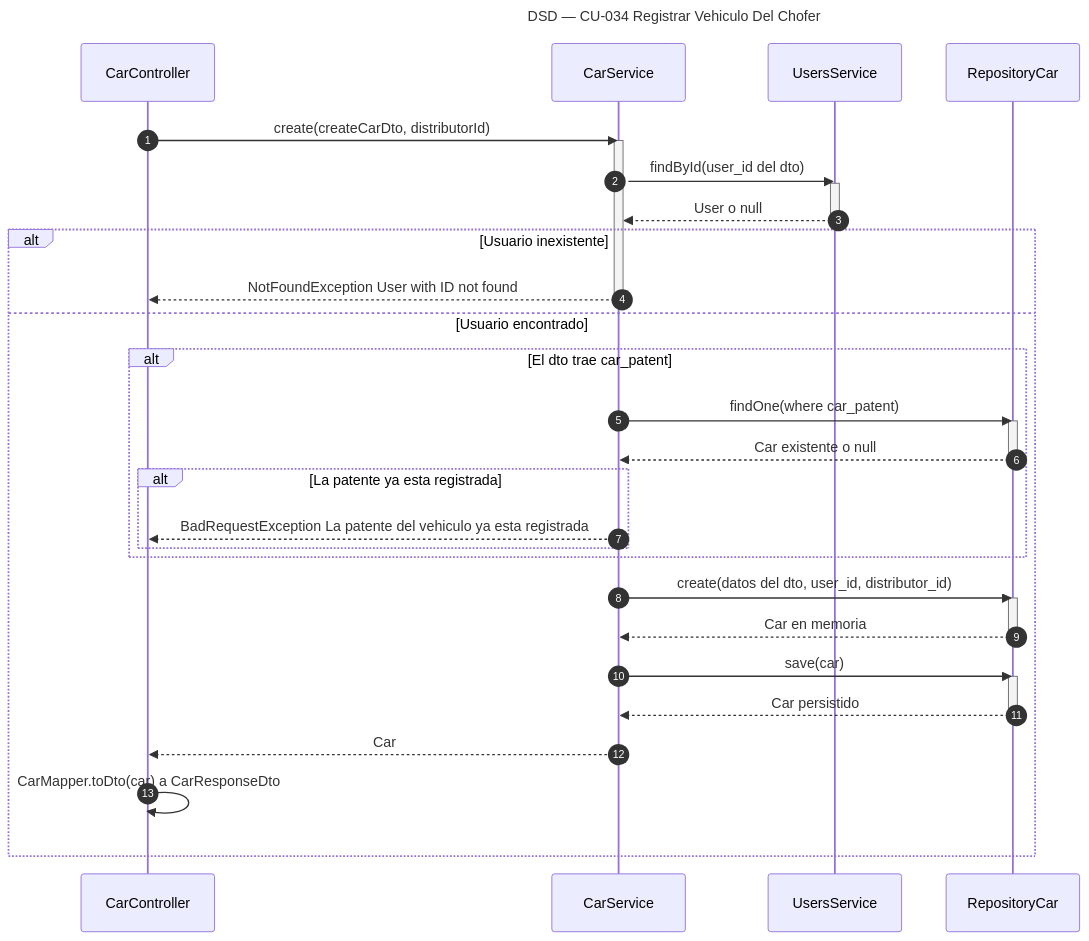
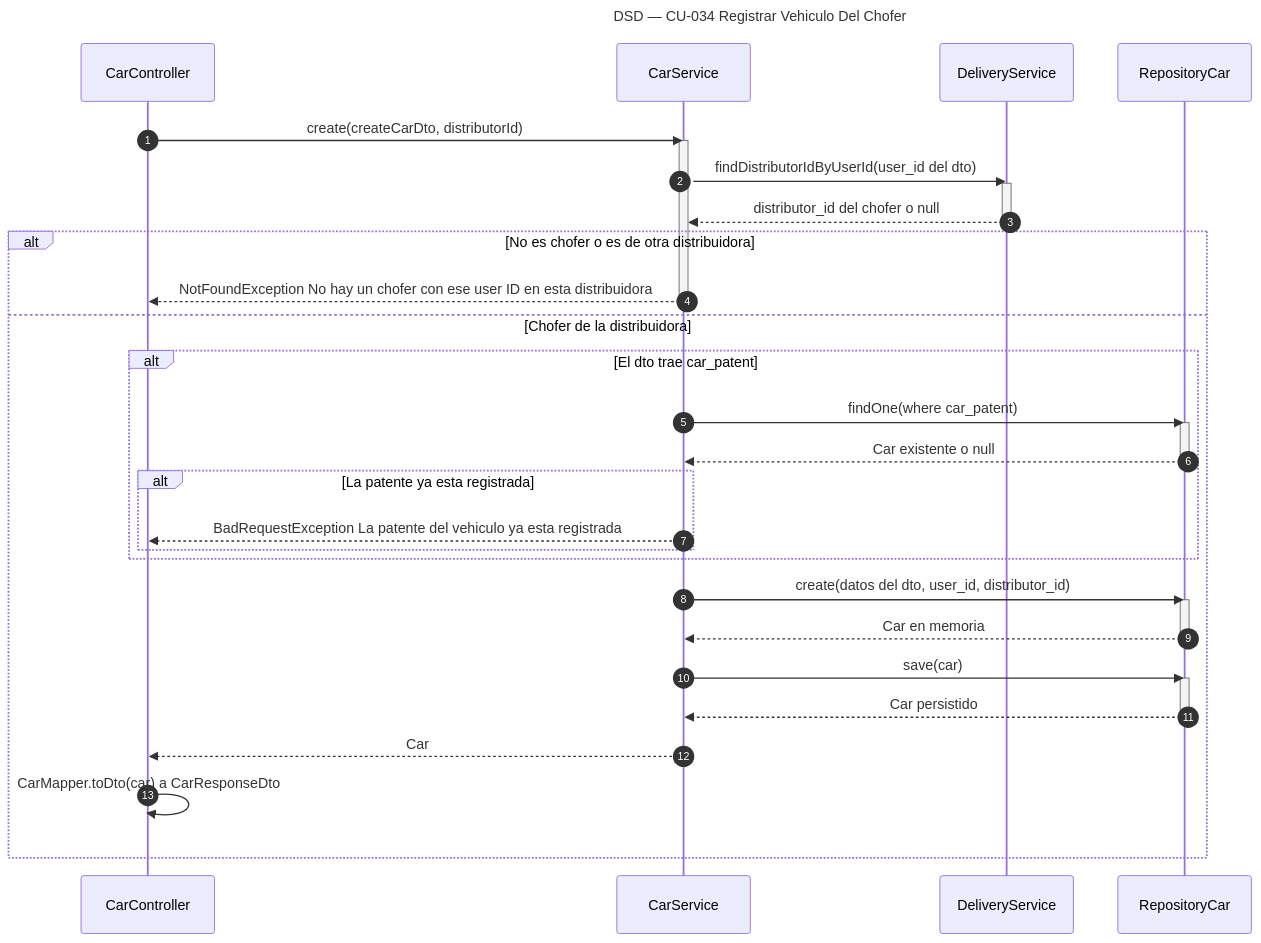
Before and after one commit to Nahuelito-Dev/splg-docs: the diagram in diagramas/DSD_CU-034_Registrar-Vehiculo-Del-Chofer.mmd, drawn with Mermaid. The commit also changed 5 other files, not shown here.

Commit message:
docs: H-65..H-69 y DSD de vehículos con el dueño chofer de la distribuidora

```diff
--- a/diagramas/DSD_CU-034_Registrar-Vehiculo-Del-Chofer.mmd
+++ b/diagramas/DSD_CU-034_Registrar-Vehiculo-Del-Chofer.mmd
@@ -1,38 +1,38 @@
 sequenceDiagram
     title DSD — CU-034 Registrar Vehiculo Del Chofer
     autonumber
     participant CTRL as CarController
     participant SRV as CarService
-    participant USRV as UsersService
+    participant DSRV as DeliveryService
     participant CREP as RepositoryCar
 
     CTRL->>SRV: create(createCarDto, distributorId)
     activate SRV
-    SRV->>USRV: findById(user_id del dto)
-    activate USRV
-    USRV-->>SRV: User o null
-    deactivate USRV
-    alt Usuario inexistente
-        SRV-->>CTRL: NotFoundException User with ID not found
+    SRV->>DSRV: findDistributorIdByUserId(user_id del dto)
+    activate DSRV
+    DSRV-->>SRV: distributor_id del chofer o null
+    deactivate DSRV
+    alt No es chofer o es de otra distribuidora
+        SRV-->>CTRL: NotFoundException No hay un chofer con ese user ID en esta distribuidora
         deactivate SRV
-    else Usuario encontrado
+    else Chofer de la distribuidora
         alt El dto trae car_patent
             SRV->>CREP: findOne(where car_patent)
             activate CREP
             CREP-->>SRV: Car existente o null
             deactivate CREP
             alt La patente ya esta registrada
                 SRV-->>CTRL: BadRequestException La patente del vehiculo ya esta registrada
             end
         end
         SRV->>CREP: create(datos del dto, user_id, distributor_id)
         activate CREP
         CREP-->>SRV: Car en memoria
         deactivate CREP
         SRV->>CREP: save(car)
         activate CREP
         CREP-->>SRV: Car persistido
         deactivate CREP
         SRV-->>CTRL: Car
         CTRL->>CTRL: CarMapper.toDto(car) a CarResponseDto
     end
```
